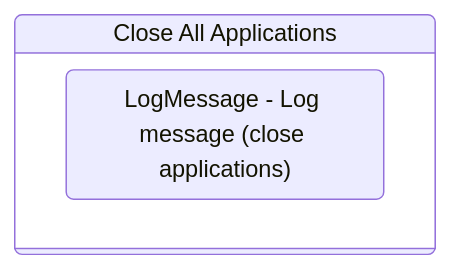
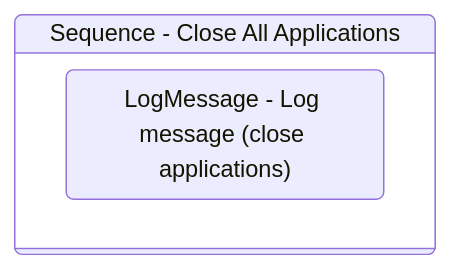
The diagram in Documentation/.templates/Performers/REFramework/Framework/CloseAllApplications.md (yashbrahmbhatt/LazyFramework), drawn with Mermaid before and after one commit. The commit also changed 78 other files, not shown here.

````diff
--- a/Documentation/.templates/Performers/REFramework/Framework/CloseAllApplications.md
+++ b/Documentation/.templates/Performers/REFramework/Framework/CloseAllApplications.md
@@ -68,10 +68,10 @@
 ```mermaid
 stateDiagram-v2
 
 
-Sequence_3: Close All Applications
+Sequence_3: Sequence - Close All Applications
 state Sequence_3 {
 direction TB
 LogMessage_2 : LogMessage - Log message (close applications)
 }
 ```
````
